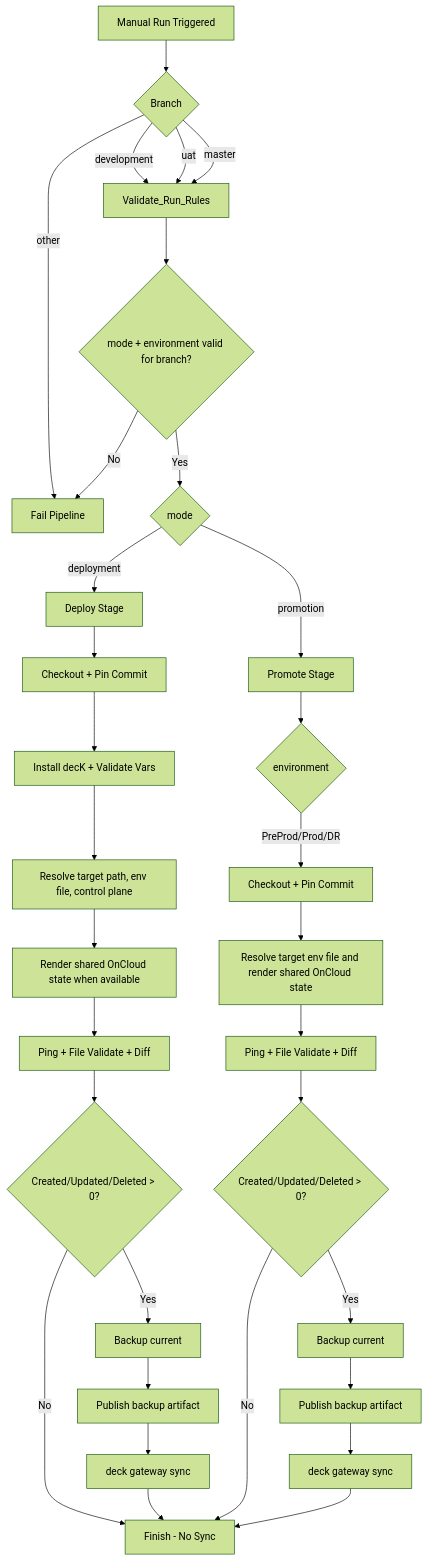
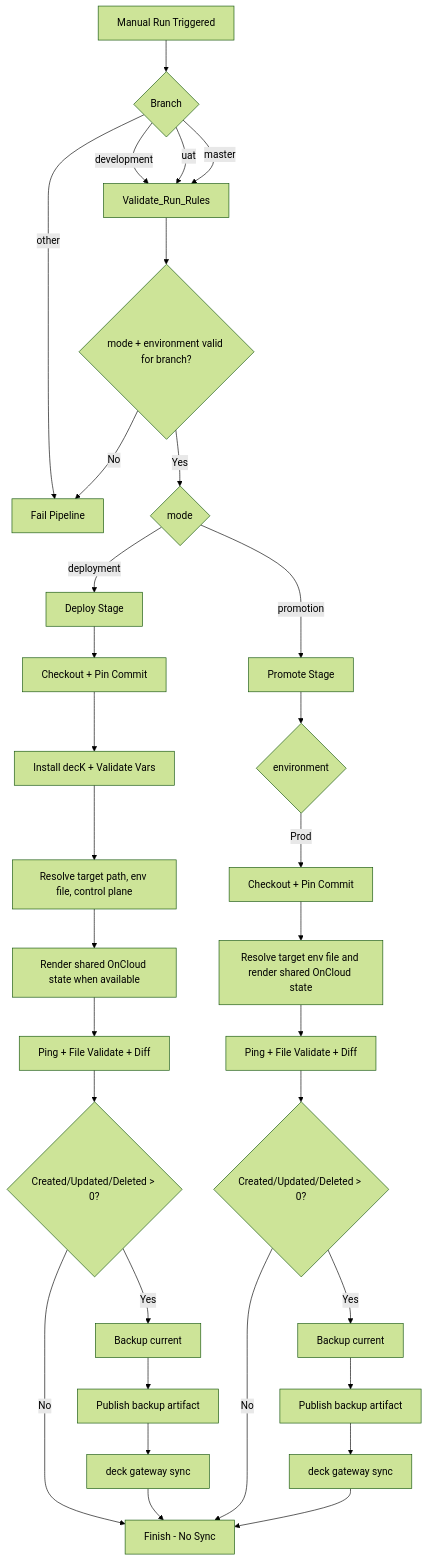
One commit to ceritakoko-it/Kong-External-OnCloud changed the diagram in README.md. Above: the diagram before and after it, drawn with Mermaid (forest theme). The commit also changed other lines of this file and 27 other files, not shown here.

````diff
--- a/README.md
+++ b/README.md
@@ -356,38 +357,38 @@
 ```mermaid
 flowchart TD
     A[Manual Run Triggered] --> B{Branch}
     B -->|development| C[Validate_Run_Rules]
     B -->|uat| C
     B -->|master| C
     B -->|other| X[Fail Pipeline]
 
     C --> C0{mode + environment valid for branch?}
     C0 -->|No| X
     C0 -->|Yes| D{mode}
 
     D -->|deployment| E[Deploy Stage]
     D -->|promotion| F[Promote Stage]
 
     E --> E0[Checkout + Pin Commit]
     E0 --> E1[Install decK + Validate Vars]
     E1 --> E2[Resolve target path, env file, control plane]
     E2 --> E21[Render shared OnCloud state when available]
     E21 --> E3[Ping + File Validate + Diff]
     E3 --> E4{Created/Updated/Deleted > 0?}
     E4 -->|No| Z[Finish - No Sync]
     E4 -->|Yes| E5[Backup current]
     E5 --> E6[Publish backup artifact]
     E6 --> E7[deck gateway sync]
     E7 --> Z
 
     F --> F1{environment}
-    F1 -->|PreProd/Prod/DR| F2[Checkout + Pin Commit]
+    F1 -->|Prod| F2[Checkout + Pin Commit]
     F2 --> F4[Resolve target env file and render shared OnCloud state]
     F4 --> F5[Ping + File Validate + Diff]
     F5 --> F6{Created/Updated/Deleted > 0?}
     F6 -->|No| Z
     F6 -->|Yes| F7[Backup current]
     F7 --> F8[Publish backup artifact]
     F8 --> F9[deck gateway sync]
     F9 --> Z
 ```
````
